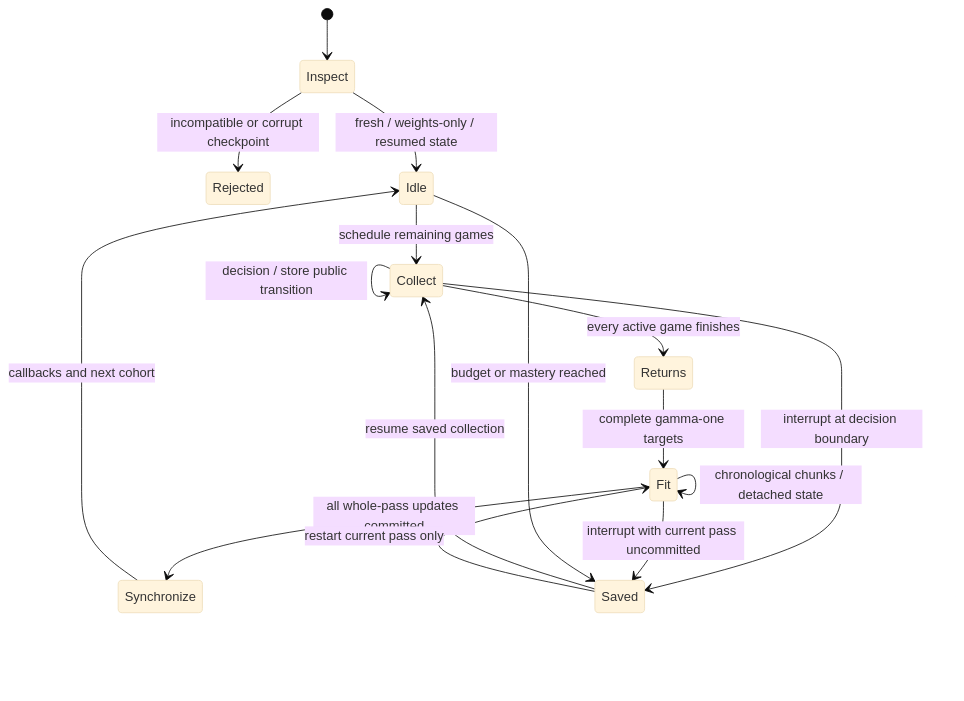
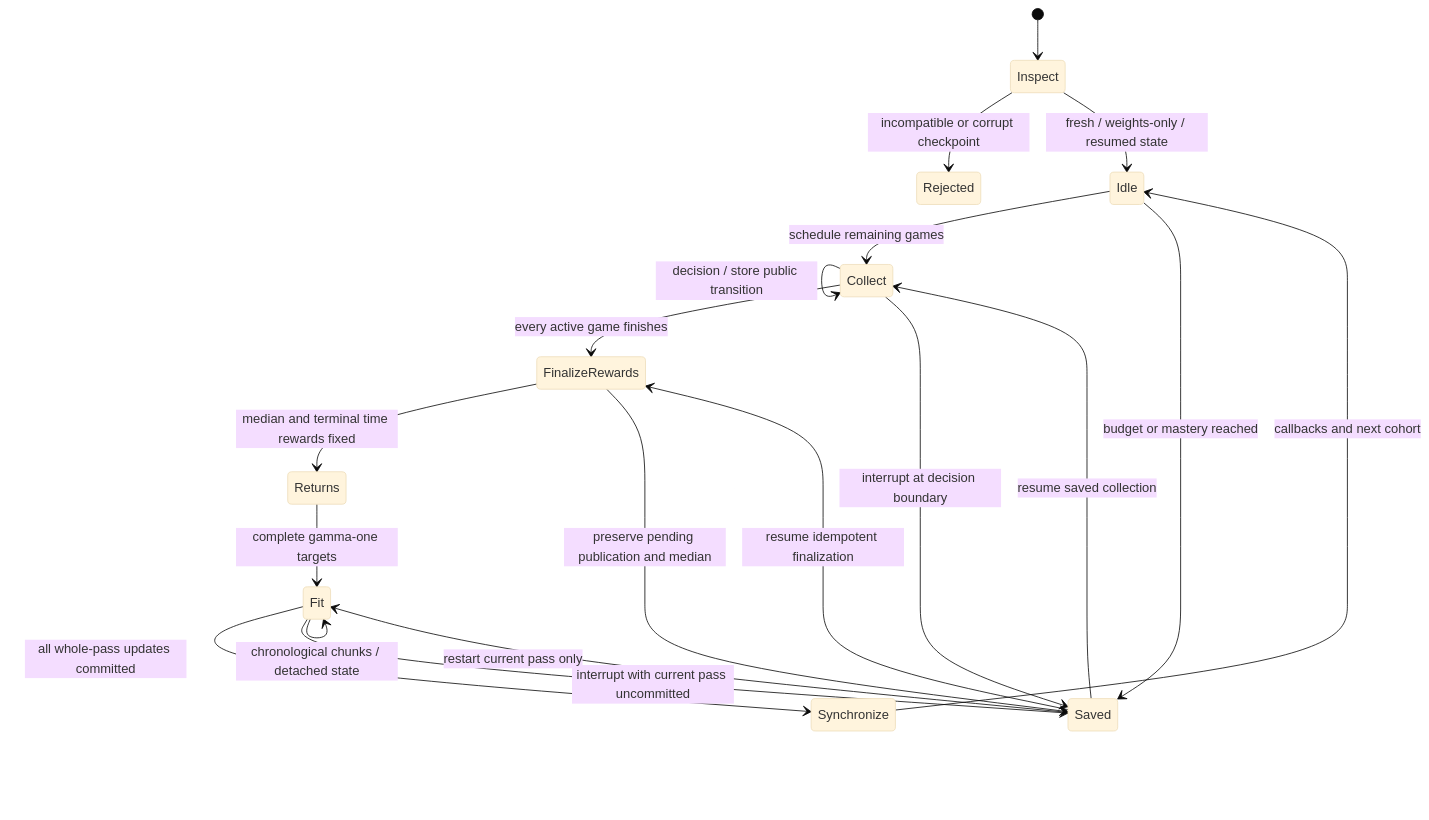
One commit to Comb1e/RL-Pvz changed the sixth of 9 diagrams in docs/architecture.md. Above: the diagram before and after it, drawn with Mermaid (base theme). The commit also changed other lines of this file and 95 other files, not shown here.

````diff
--- a/docs/architecture.md
+++ b/docs/architecture.md
@@ -142,18 +196,21 @@
 ```mermaid
 stateDiagram-v2
     [*] --> Inspect
     Inspect --> Rejected: incompatible or corrupt checkpoint
     Inspect --> Idle: fresh / weights-only / resumed state
     Idle --> Collect: schedule remaining games
     Collect --> Collect: decision / store public transition
-    Collect --> Returns: every active game finishes
+    Collect --> FinalizeRewards: every active game finishes
+    FinalizeRewards --> Returns: median and terminal time rewards fixed
     Returns --> Fit: complete gamma-one targets
     Fit --> Fit: chronological chunks / detached state
     Fit --> Synchronize: all whole-pass updates committed
     Synchronize --> Idle: callbacks and next cohort
     Collect --> Saved: interrupt at decision boundary
+    FinalizeRewards --> Saved: preserve pending publication and median
     Fit --> Saved: interrupt with current pass uncommitted
     Saved --> Collect: resume saved collection
+    Saved --> FinalizeRewards: resume idempotent finalization
     Saved --> Fit: restart current pass only
     Idle --> Saved: budget or mastery reached
 ```
````
